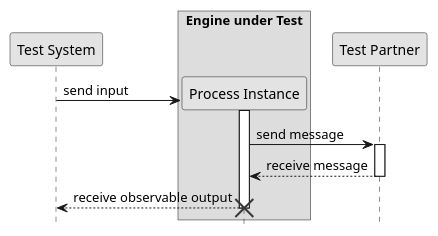
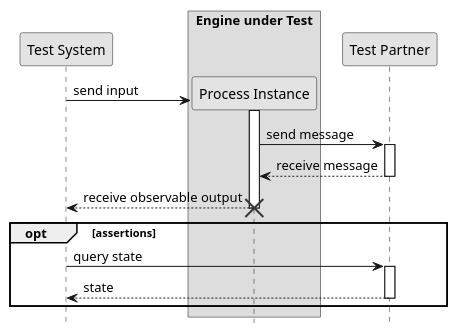
The diagram in pebl/doc/example-invoke-sync.puml (uniba-dsg/betsy), drawn with PlantUML before and after one commit.

Commit message:
Add optional part about querying the state of the testpartner as well.

```diff
--- a/pebl/doc/example-invoke-sync.puml
+++ b/pebl/doc/example-invoke-sync.puml
@@ -1,30 +1,37 @@
 @startuml
 
 participant framework as "Test System"
 
 box "Engine under Test"
 	participant instance as "Process Instance"
 end box
 
 participant testpartner as "Test Partner"
 
 create instance
 framework as "Test System" -> instance  : send input
 activate instance
 instance  -> testpartner : send message
 activate testpartner
 testpartner --> instance : receive message
 deactivate testpartner
 instance --> framework : receive observable output
 destroy instance
 
+opt assertions
+ framework -> testpartner : query state
+ activate testpartner
+ testpartner --> framework: state
+ deactivate testpartner
+end
+
 hide footbox
 
 hide empty members
 hide empty methods
 hide circle
 
 skinparam monochrome true
 skinparam shadowing false
 skinparam packageStyle rect
 @enduml
```
